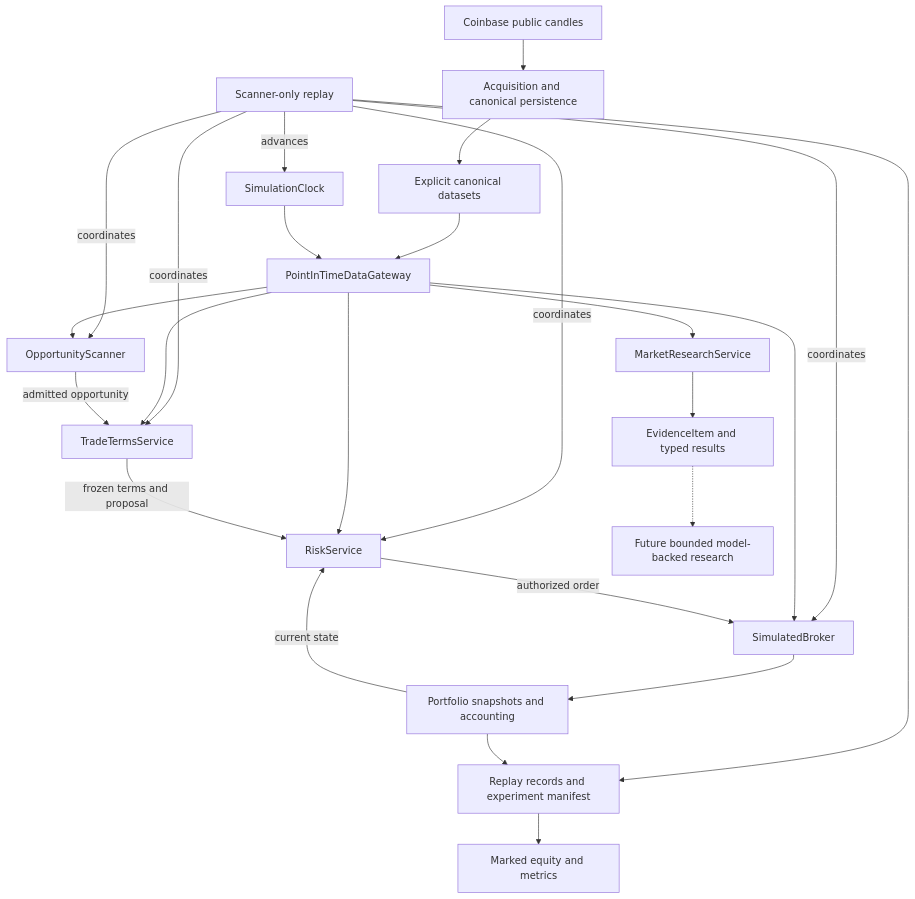
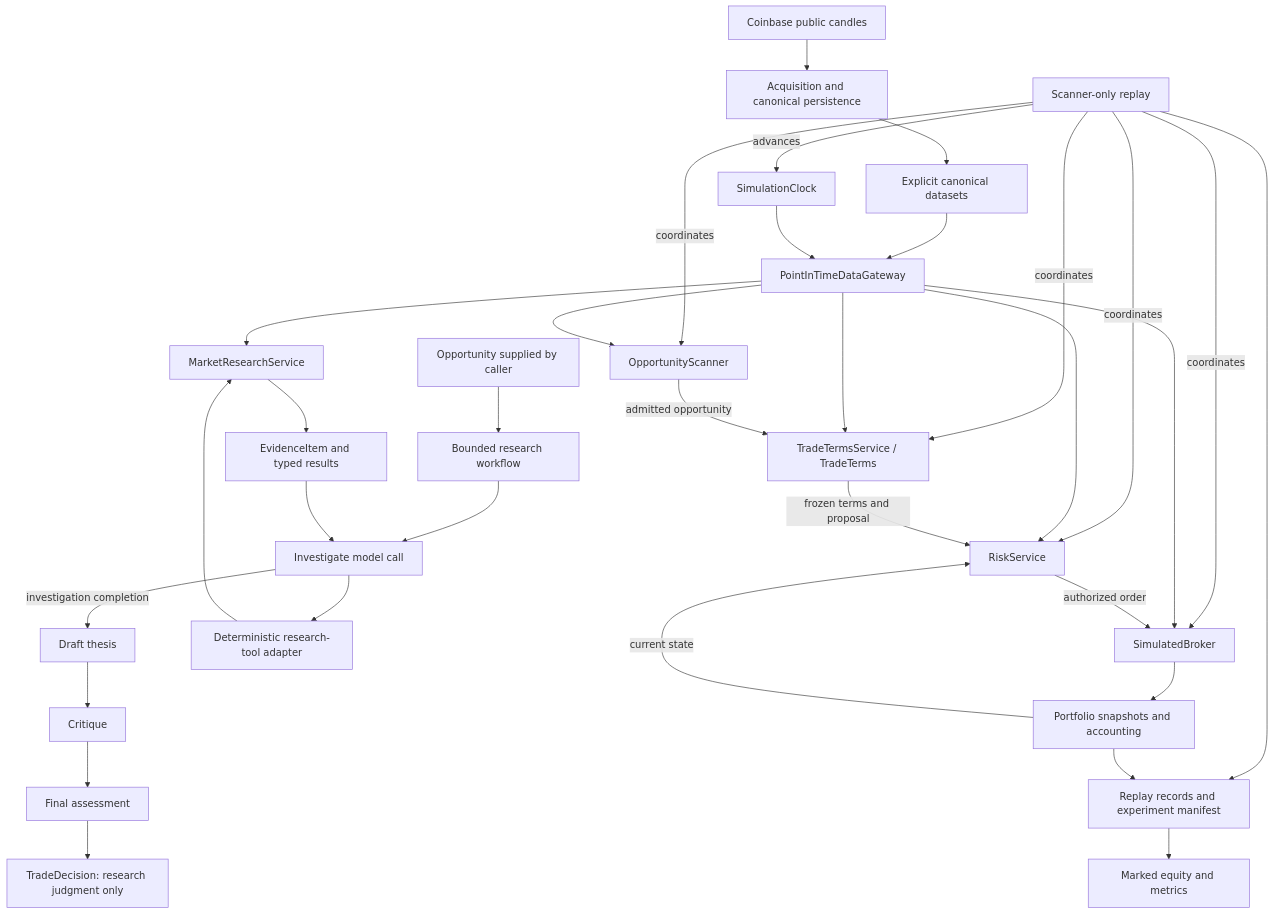
Before and after one commit to ryannteo/crypteo: the diagram in docs/architecture.md, drawn with Mermaid. The commit also changed other lines of this file and 5 other files, not shown here.

Commit message:
Document bounded model-backed research

````diff
--- a/docs/architecture.md
+++ b/docs/architecture.md
@@ -16,27 +16,35 @@
 ```mermaid
 flowchart TD
     CB[Coinbase public candles] --> DATA[Acquisition and canonical persistence]
     DATA --> INPUT[Explicit canonical datasets]
     INPUT --> GW[PointInTimeDataGateway]
     CLOCK[SimulationClock] --> GW
     REPLAY[Scanner-only replay] -->|advances| CLOCK
     REPLAY -->|coordinates| SCAN[OpportunityScanner]
-    REPLAY -->|coordinates| TERMS[TradeTermsService]
+    REPLAY -->|coordinates| TERMS[TradeTermsService / TradeTerms]
     REPLAY -->|coordinates| RISK[RiskService]
     REPLAY -->|coordinates| BROKER[SimulatedBroker]
     GW --> SCAN
     GW --> TERMS
     GW --> RISK
     GW --> BROKER
     SCAN -->|admitted opportunity| TERMS
     TERMS -->|frozen terms and proposal| RISK
     RISK -->|authorized order| BROKER
     BROKER --> PORT[Portfolio snapshots and accounting]
     PORT -->|current state| RISK
     REPLAY --> RESULT[Replay records and experiment manifest]
     PORT --> RESULT
     RESULT --> METRICS[Marked equity and metrics]
-    GW --> TOOLS[MarketResearchService]
+    OP[Opportunity supplied by caller] --> WORK[Bounded research workflow]
+    WORK --> INV[Investigate model call]
+    INV --> ADAPTER[Deterministic research-tool adapter]
+    ADAPTER --> TOOLS[MarketResearchService]
+    GW --> TOOLS
     TOOLS --> EVIDENCE[EvidenceItem and typed results]
-    EVIDENCE -.-> FUTURE[Future bounded model-backed research]
+    EVIDENCE --> INV
+    INV -->|investigation completion| THESIS[Draft thesis]
+    THESIS --> CRITIC[Critique]
+    CRITIC --> FINAL[Final assessment]
+    FINAL --> DECISION[TradeDecision: research judgment only]
 ```
````
